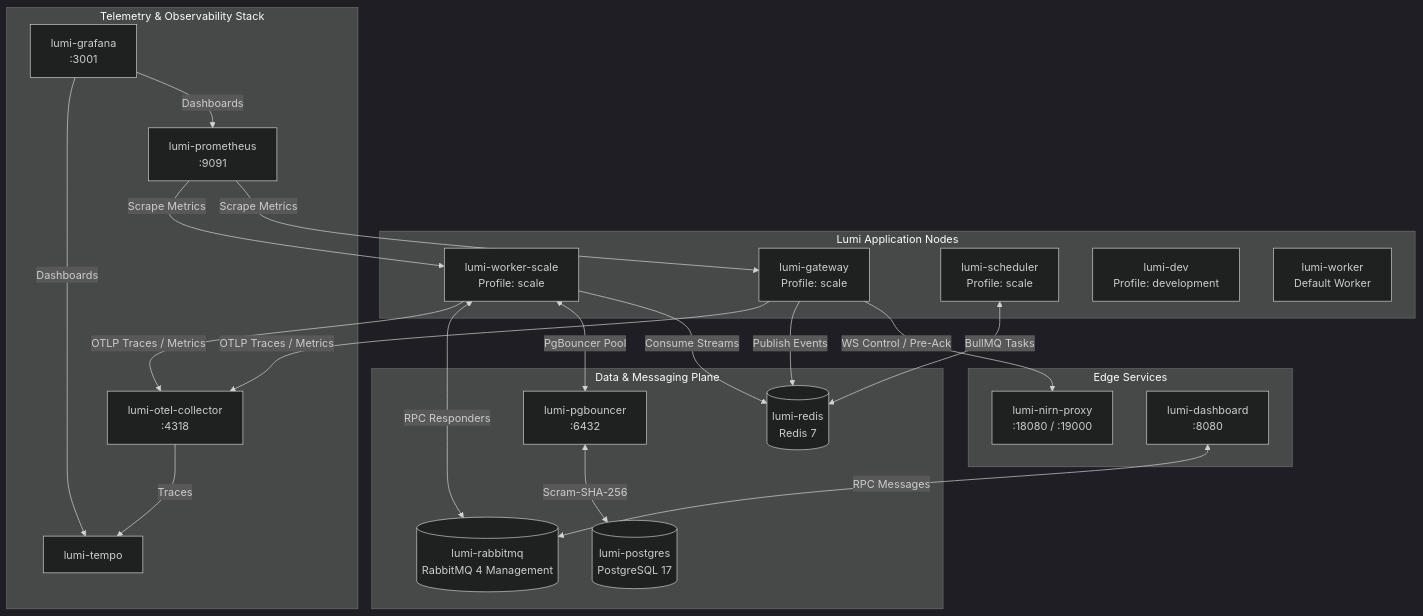
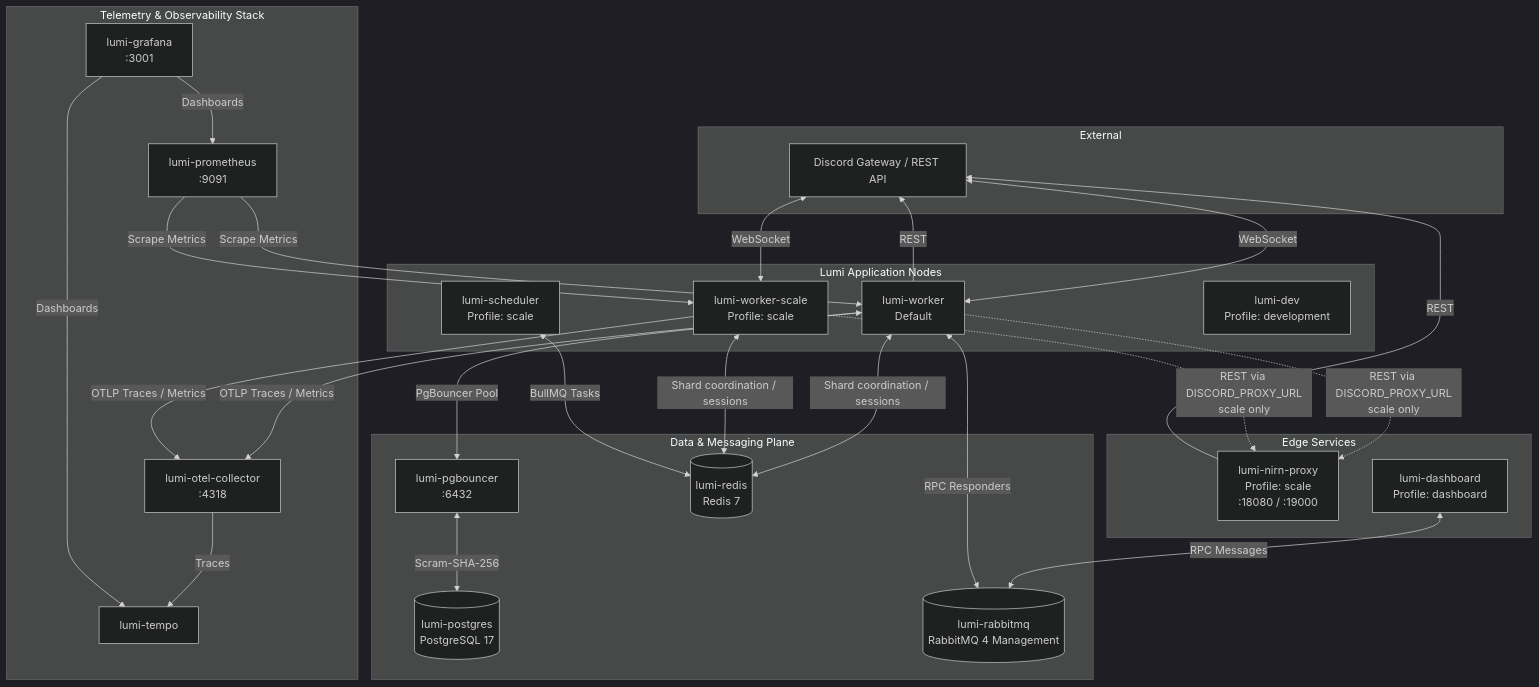
The first of 2 diagrams in deploy/docker/README.md (lumi-devs/Lumi), drawn with Mermaid (dark theme) before and after one commit. The commit also changed other lines of this file and 254 other files, not shown here.

````diff
--- a/deploy/docker/README.md
+++ b/deploy/docker/README.md
@@ -33,48 +35,58 @@
 ```mermaid
 flowchart TD
+    subgraph External
+        Discord[Discord Gateway / REST API]
+    end
+
     subgraph Edge Services
-        NP[lumi-nirn-proxy<br/>:18080 / :19000]
-        Dash[lumi-dashboard<br/>:8080]
+        NP[lumi-nirn-proxy<br/>Profile: scale<br/>:18080 / :19000]
+        Dash[lumi-dashboard<br/>Profile: dashboard]
     end
 
     subgraph Lumi Application Nodes
-        GW[lumi-gateway<br/>Profile: scale]
+        W[lumi-worker<br/>Default]
         WS[lumi-worker-scale<br/>Profile: scale]
         Sched[lumi-scheduler<br/>Profile: scale]
         Dev[lumi-dev<br/>Profile: development]
-        Mono[lumi-worker<br/>Default Worker]
     end
 
     subgraph Data & Messaging Plane
         PGB[lumi-pgbouncer<br/>:6432]
         PG[(lumi-postgres<br/>PostgreSQL 17)]
         Redis[(lumi-redis<br/>Redis 7)]
         RMQ[(lumi-rabbitmq<br/>RabbitMQ 4 Management)]
     end
 
     subgraph Telemetry & Observability Stack
         OTEL[lumi-otel-collector<br/>:4318]
         Prom[lumi-prometheus<br/>:9091]
         Tempo[lumi-tempo]
         Graf[lumi-grafana<br/>:3001]
     end
 
-    GW -->|WS Control / Pre-Ack| NP
-    GW -->|Publish Events| Redis
-    WS -->|Consume Streams| Redis
-    WS <-->|PgBouncer Pool| PGB
+    Discord <-->|WebSocket| W
+    Discord <-->|WebSocket| WS
+    W -->|REST| Discord
+    NP -->|REST| Discord
+
+    W -.->|REST via DISCORD_PROXY_URL<br/>scale only| NP
+    WS -.->|REST via DISCORD_PROXY_URL<br/>scale only| NP
+
+    W <-->|Shard coordination / sessions| Redis
+    WS <-->|Shard coordination / sessions| Redis
+    W <-->|PgBouncer Pool| PGB
     PGB <-->|Scram-SHA-256| PG
 
     Dash <-->|RPC Messages| RMQ
-    WS <-->|RPC Responders| RMQ
+    W <-->|RPC Responders| RMQ
 
     Sched <-->|BullMQ Tasks| Redis
 
-    GW -->|OTLP Traces / Metrics| OTEL
+    W -->|OTLP Traces / Metrics| OTEL
     WS -->|OTLP Traces / Metrics| OTEL
     OTEL -->|Traces| Tempo
-    Prom -->|Scrape Metrics| GW
+    Prom -->|Scrape Metrics| W
     Prom -->|Scrape Metrics| WS
     Graf -->|Dashboards| Prom
     Graf -->|Dashboards| Tempo
 ```
````
